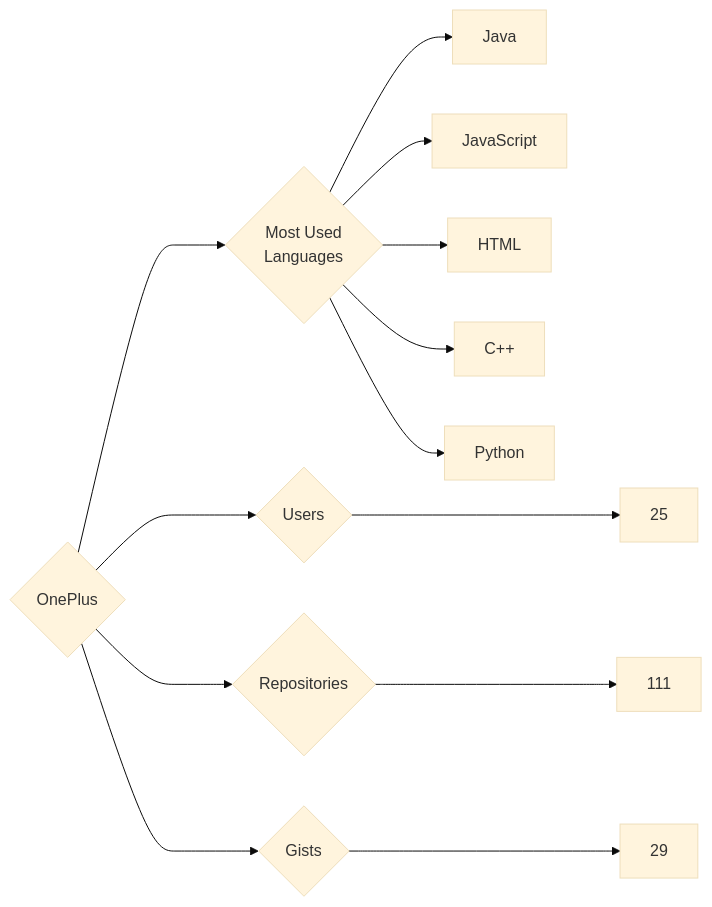
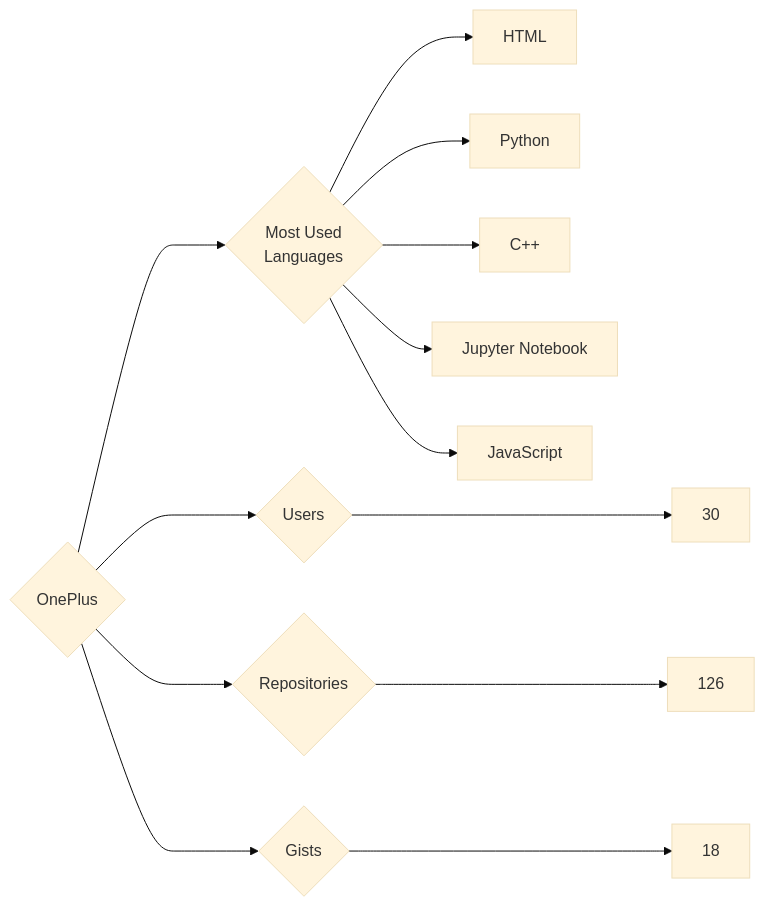
One commit to trickest/insiders changed the diagram in targets/OnePlus/README.md. Above: the diagram before and after it, drawn with Mermaid (base theme). The commit also changed 964 other files, not shown here.

````diff
--- a/targets/OnePlus/README.md
+++ b/targets/OnePlus/README.md
@@ -3,13 +3,13 @@
 ```mermaid
 graph LR
 COMPANY_NAME{OnePlus}
-COMPANY_NAME ---> U{Users} ---> UN[25]
-COMPANY_NAME ---> R{Repositories} ---> RN[111]
-COMPANY_NAME ---> G{Gists} ---> GN[29]
+COMPANY_NAME ---> U{Users} ---> UN[30]
+COMPANY_NAME ---> R{Repositories} ---> RN[126]
+COMPANY_NAME ---> G{Gists} ---> GN[18]
 COMPANY_NAME ---> ML{Most Used<br>Languages}
-ML --> Java[Java]
+ML --> HTML[HTML]
+ML --> Python[Python]
+ML --> C++[C++]
+ML --> Jupyter_Notebook[Jupyter Notebook]
 ML --> JavaScript[JavaScript]
-ML --> HTML[HTML]
-ML --> C++[C++]
-ML --> Python[Python]
 ```
````
